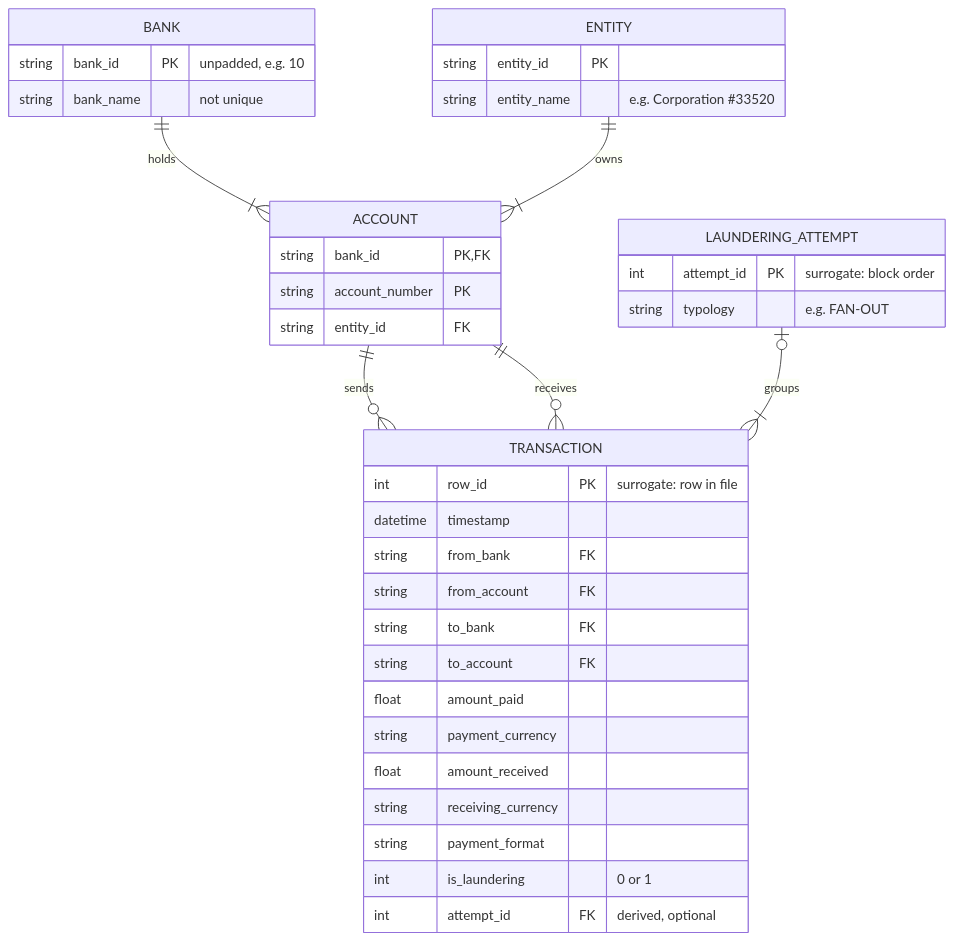
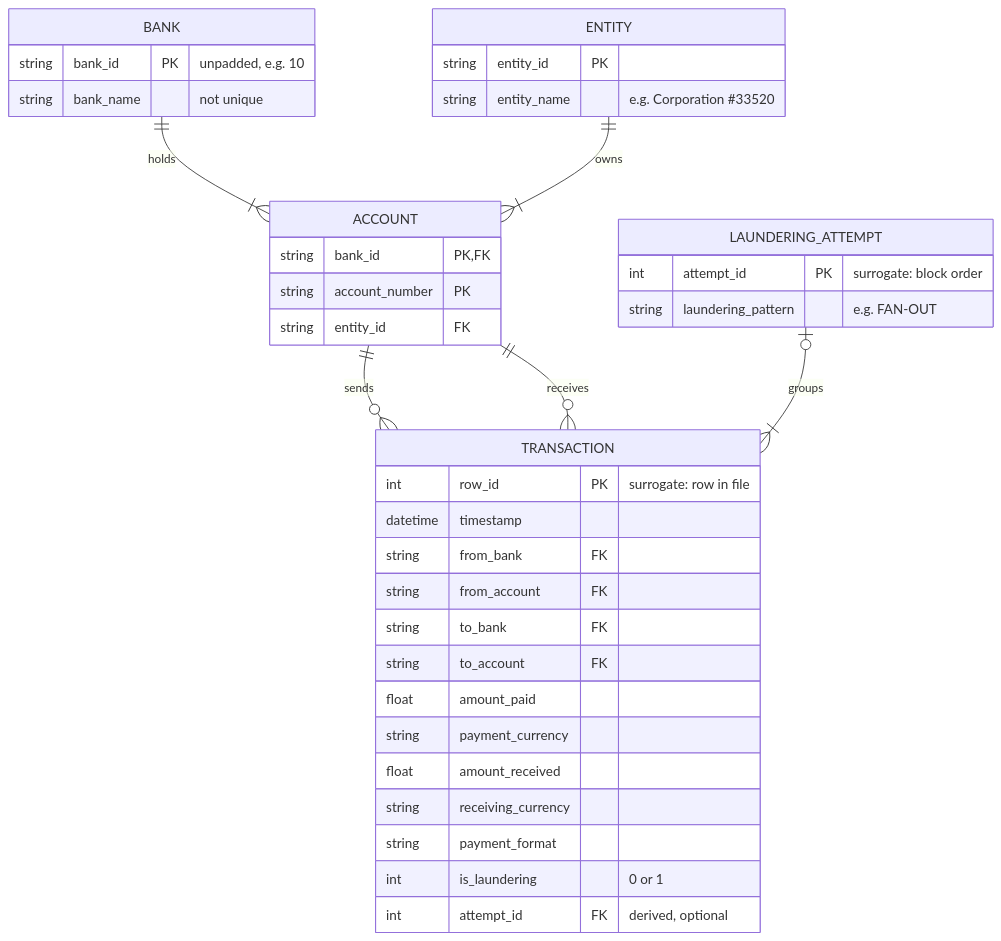
Before and after one commit to g-saini-1/mule-network-detection: the diagram in data/README.md, drawn with Mermaid. The commit also changed other lines of this file and 7 other files, not shown here.

Commit message:
docs: rename typology to laundering pattern

````diff
--- a/data/README.md
+++ b/data/README.md
@@ -45,41 +45,41 @@
 ```mermaid
 erDiagram
     BANK ||--|{ ACCOUNT : "holds"
     ENTITY ||--|{ ACCOUNT : "owns"
     ACCOUNT ||--o{ TRANSACTION : "sends"
     ACCOUNT ||--o{ TRANSACTION : "receives"
     LAUNDERING_ATTEMPT |o--|{ TRANSACTION : "groups"
 
     BANK {
         string bank_id PK "unpadded, e.g. 10"
         string bank_name "not unique"
     }
     ENTITY {
         string entity_id PK
         string entity_name "e.g. Corporation #33520"
     }
     ACCOUNT {
         string bank_id PK, FK
         string account_number PK
         string entity_id FK
     }
     TRANSACTION {
         int row_id PK "surrogate: row in file"
         datetime timestamp
         string from_bank FK
         string from_account FK
         string to_bank FK
         string to_account FK
         float amount_paid
         string payment_currency
         float amount_received
         string receiving_currency
         string payment_format
         int is_laundering "0 or 1"
         int attempt_id FK "derived, optional"
     }
     LAUNDERING_ATTEMPT {
         int attempt_id PK "surrogate: block order"
-        string typology "e.g. FAN-OUT"
+        string laundering_pattern "e.g. FAN-OUT"
     }
 ```
````
